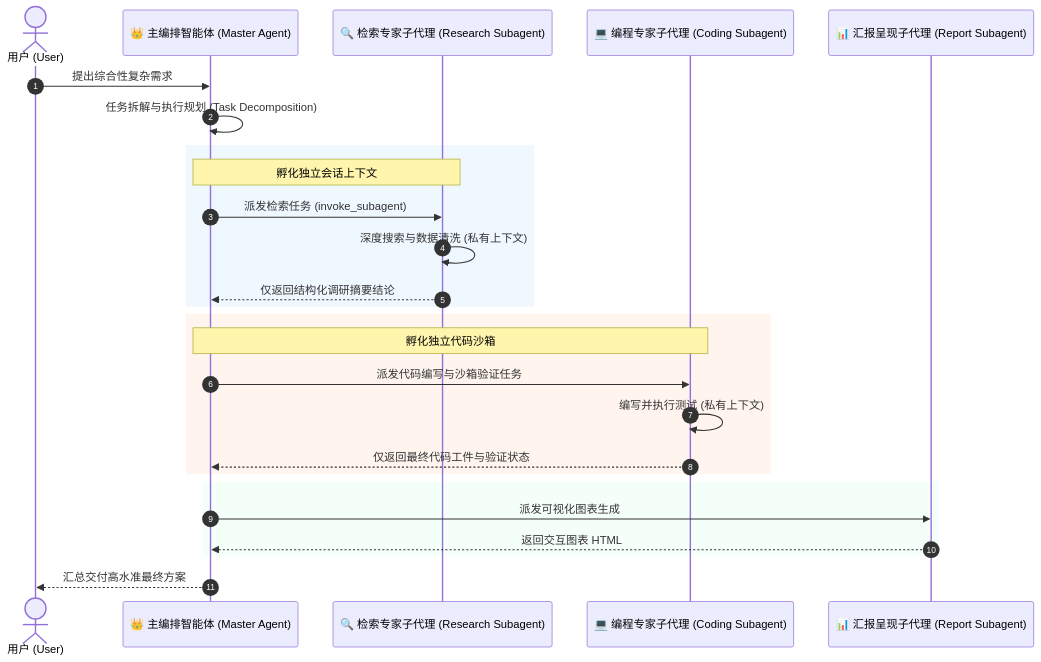
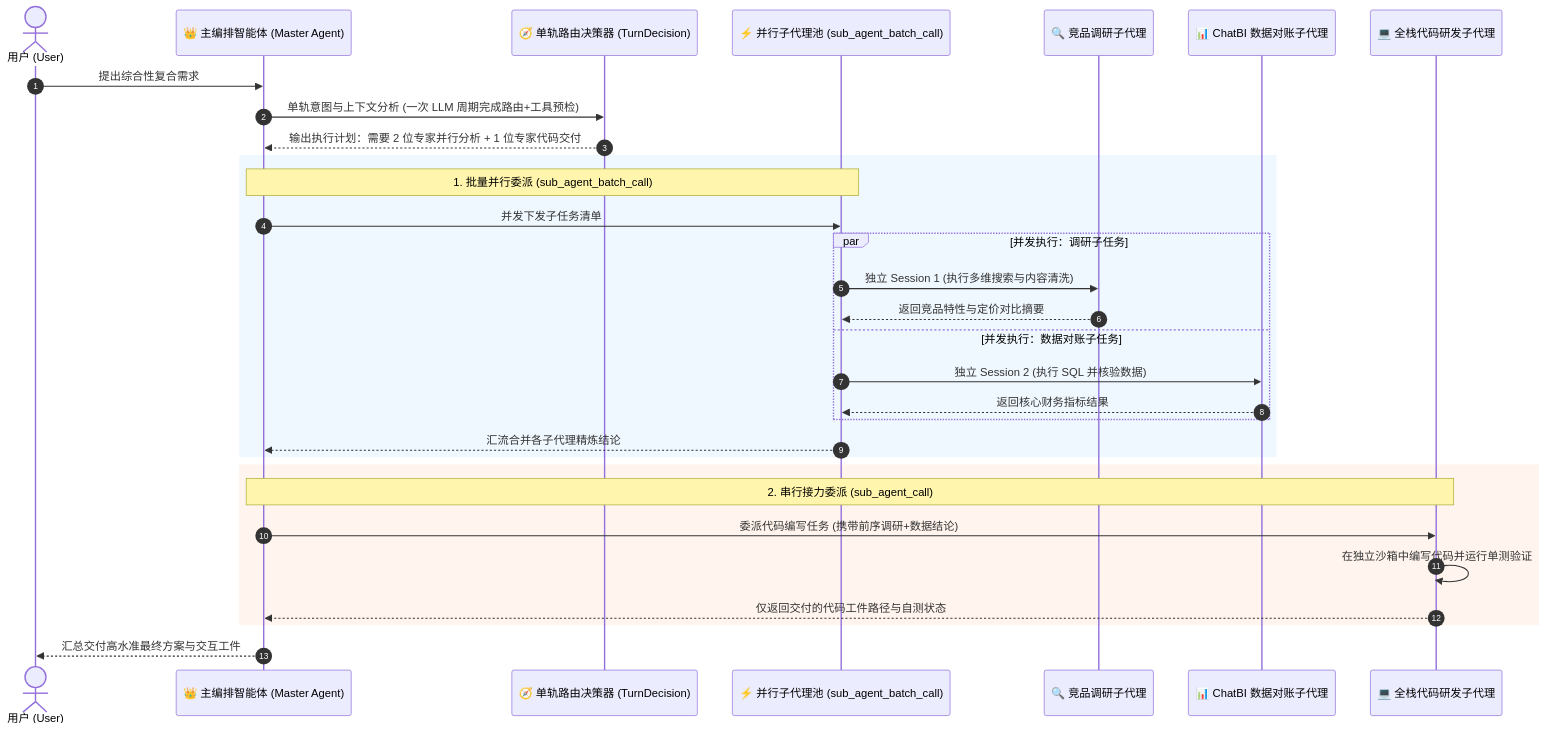
Before and after one commit to CandyACE/nanzi-ai-agent-platform: the fourth of 13 diagrams in data/docs/FAQ.md, drawn with Mermaid. The commit also changed other lines of this file and 12 other files, not shown here.

````diff
--- a/data/docs/FAQ.md
+++ b/data/docs/FAQ.md
@@ -584,33 +651,37 @@
 ```mermaid
 sequenceDiagram
     autonumber
     actor User as 用户 (User)
     participant Master as 👑 主编排智能体 (Master Agent)
-    participant Sub1 as 🔍 检索专家子代理 (Research Subagent)
-    participant Sub2 as 💻 编程专家子代理 (Coding Subagent)
-    participant Sub3 as 📊 汇报呈现子代理 (Report Subagent)
+    participant Decision as 🧭 单轨路由决策器 (TurnDecision)
+    participant SubBatch as ⚡ 并行子代理池 (sub_agent_batch_call)
+    participant Sub1 as 🔍 竞品调研子代理
+    participant Sub2 as 📊 ChatBI 数据对账子代理
+    participant Sub3 as 💻 全栈代码研发子代理
 
-    User->>Master: 提出综合性复杂需求
-    Master->>Master: 任务拆解与执行规划 (Task Decomposition)
+    User->>Master: 提出综合性复合需求
+    Master->>Decision: 单轨意图与上下文分析 (一次 LLM 周期完成路由+工具预检)
+    Decision-->>Master: 输出执行计划：需要 2 位专家并行分析 + 1 位专家代码交付
   
     rect rgb(240, 248, 255)
-    Note over Master,Sub1: 孵化独立会话上下文
-    Master->>Sub1: 派发检索任务 (invoke_subagent)
-    Sub1->>Sub1: 深度搜索与数据清洗 (私有上下文)
-    Sub1-->>Master: 仅返回结构化调研摘要结论
+    Note over Master,SubBatch: 1. 批量并行委派 (sub_agent_batch_call)
+    Master->>SubBatch: 并发下发子任务清单
+    par 并发执行：调研子任务
+        SubBatch->>Sub1: 独立 Session 1 (执行多维搜索与内容清洗)
+        Sub1-->>SubBatch: 返回竞品特性与定价对比摘要
+    and 并发执行：数据对账子任务
+        SubBatch->>Sub2: 独立 Session 2 (执行 SQL 并核验数据)
+        Sub2-->>SubBatch: 返回核心财务指标结果
+    end
+    SubBatch-->>Master: 汇流合并各子代理精炼结论
     end
 
     rect rgb(255, 245, 238)
-    Note over Master,Sub2: 孵化独立代码沙箱
-    Master->>Sub2: 派发代码编写与沙箱验证任务
-    Sub2->>Sub2: 编写并执行测试 (私有上下文)
-    Sub2-->>Master: 仅返回最终代码工件与验证状态
+    Note over Master,Sub3: 2. 串行接力委派 (sub_agent_call)
+    Master->>Sub3: 委派代码编写任务 (携带前序调研+数据结论)
+    Sub3->>Sub3: 在独立沙箱中编写代码并运行单测验证
+    Sub3-->>Master: 仅返回交付的代码工件路径与自测状态
     end
 
-    rect rgb(245, 255, 250)
-    Master->>Sub3: 派发可视化图表生成
-    Sub3-->>Master: 返回交互图表 HTML
-    end
-
-    Master-->>User: 汇总交付高水准最终方案
+    Master-->>User: 汇总交付高水准最终方案与交互工件
 ```
````
